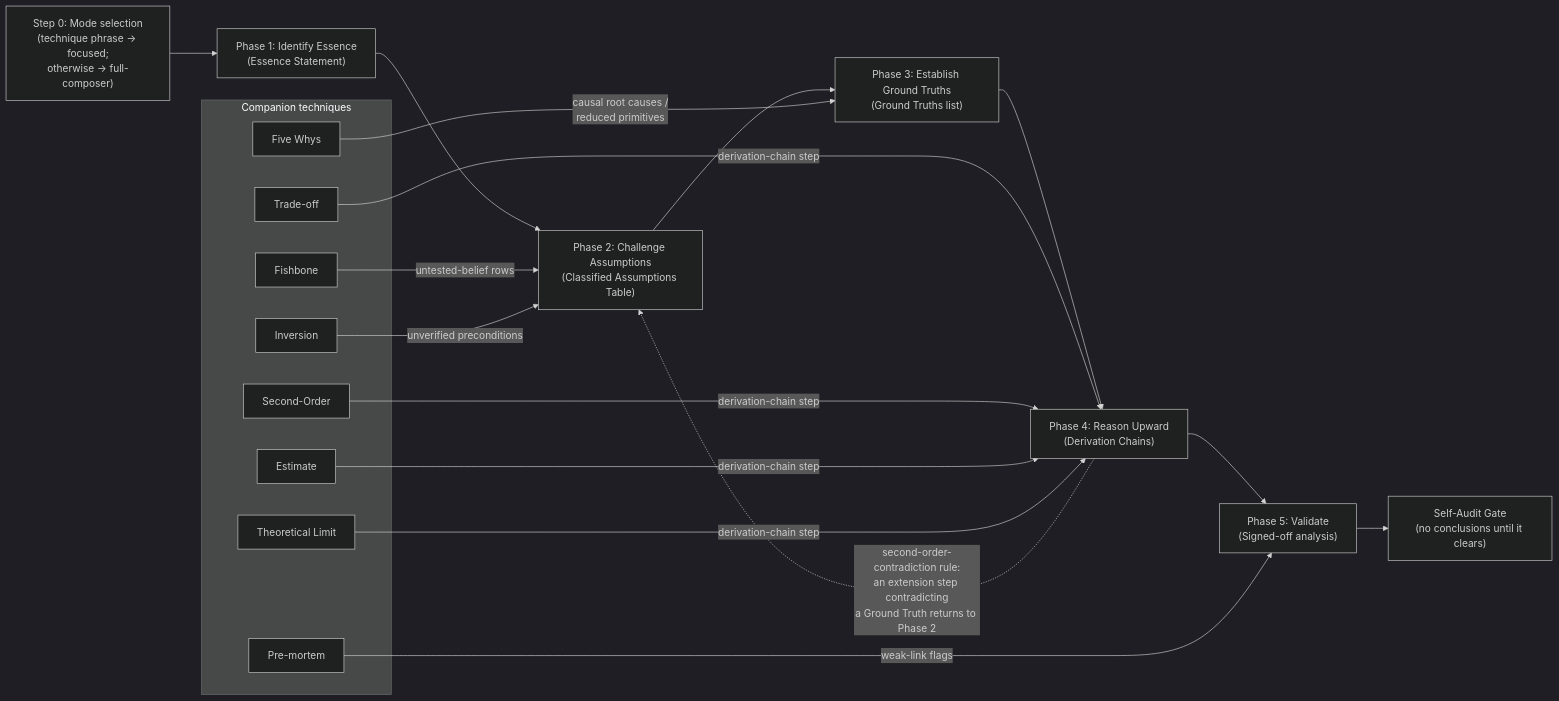
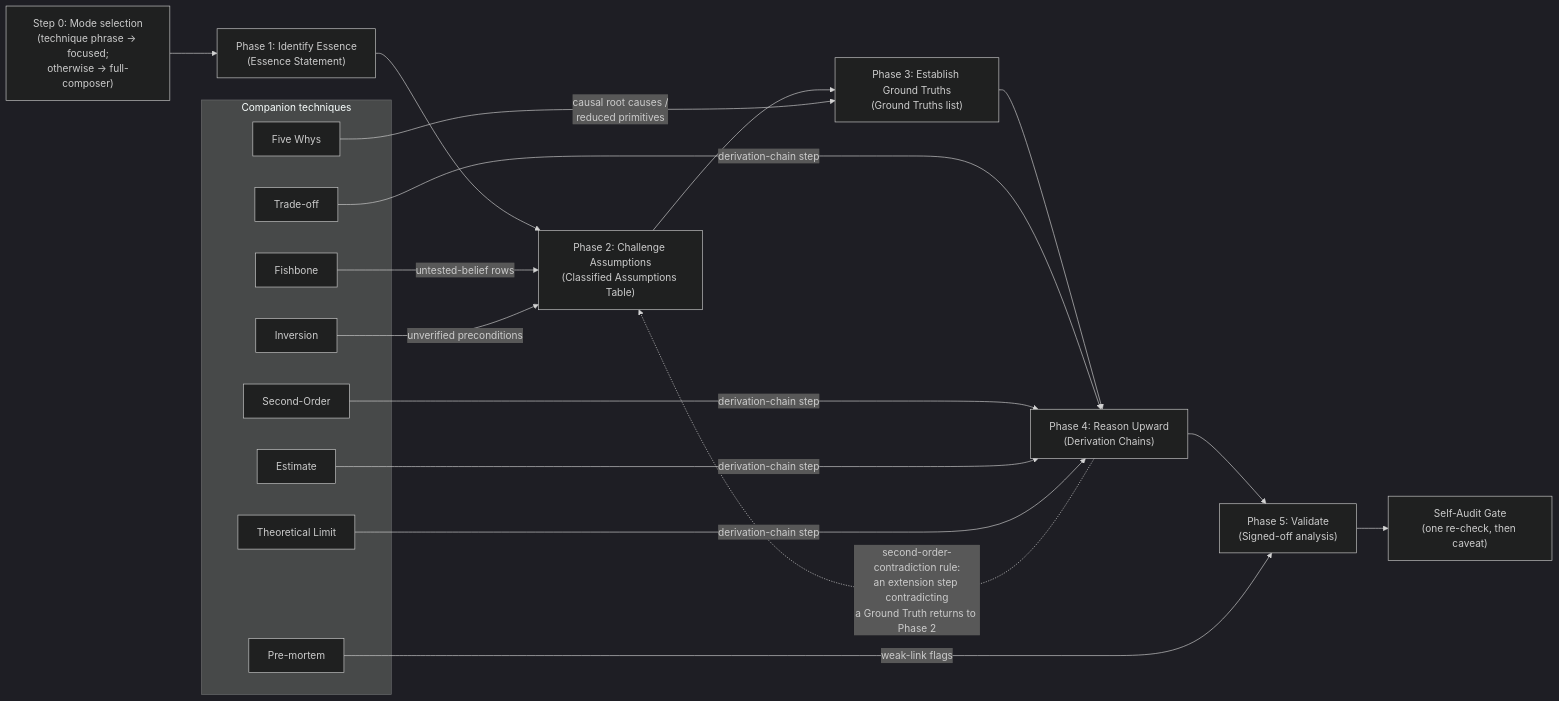
The diagram in docs/FIVE-PHASE-FLOW.md (chrisdavidson/first-principles-skill), drawn with Mermaid (dark theme) before and after one commit. The commit also changed other lines of this file and 1 other file, not shown here.

First line of the commit message:
docs(56-01): bound FIVE-PHASE-FLOW's rubric node/legend and README's Gate clause

````diff
--- a/docs/FIVE-PHASE-FLOW.md
+++ b/docs/FIVE-PHASE-FLOW.md
@@ -11,40 +11,40 @@
 ```mermaid
 flowchart LR
     STEP0["Step 0: Mode selection\n(technique phrase → focused;\notherwise → full-composer)"]
 
     ESSENCE["Phase 1: Identify Essence\n(Essence Statement)"]
     ASSUMPTIONS["Phase 2: Challenge Assumptions\n(Classified Assumptions Table)"]
     GROUNDTRUTHS["Phase 3: Establish Ground Truths\n(Ground Truths list)"]
     REASON["Phase 4: Reason Upward\n(Derivation Chains)"]
     VALIDATE["Phase 5: Validate\n(Signed-off analysis)"]
-    RUBRIC["Self-Audit Gate\n(no conclusions until it clears)"]
+    RUBRIC["Self-Audit Gate\n(one re-check, then caveat)"]
 
     STEP0 --> ESSENCE
     ESSENCE --> ASSUMPTIONS
     ASSUMPTIONS --> GROUNDTRUTHS
     GROUNDTRUTHS --> REASON
     REASON --> VALIDATE
     VALIDATE --> RUBRIC
 
     subgraph techniques ["Companion techniques"]
         FISHBONE["Fishbone"]
         INVERSION["Inversion"]
         FIVEWHYS["Five Whys"]
         TRADEOFF["Trade-off"]
         SECONDORDER["Second-Order"]
         ESTIMATE["Estimate"]
         THEORETICALLIMIT["Theoretical Limit"]
         PREMORTEM["Pre-mortem"]
     end
 
     FISHBONE -->|"untested-belief rows"| ASSUMPTIONS
     INVERSION -->|"unverified preconditions"| ASSUMPTIONS
     FIVEWHYS -->|"causal root causes /\nreduced primitives"| GROUNDTRUTHS
     TRADEOFF -->|"derivation-chain step"| REASON
     SECONDORDER -->|"derivation-chain step"| REASON
     ESTIMATE -->|"derivation-chain step"| REASON
     THEORETICALLIMIT -->|"derivation-chain step"| REASON
     PREMORTEM -->|"weak-link flags"| VALIDATE
 
     REASON -.->|"second-order-contradiction rule:\nan extension step contradicting\na Ground Truth returns to Phase 2"| ASSUMPTIONS
 ```
````
